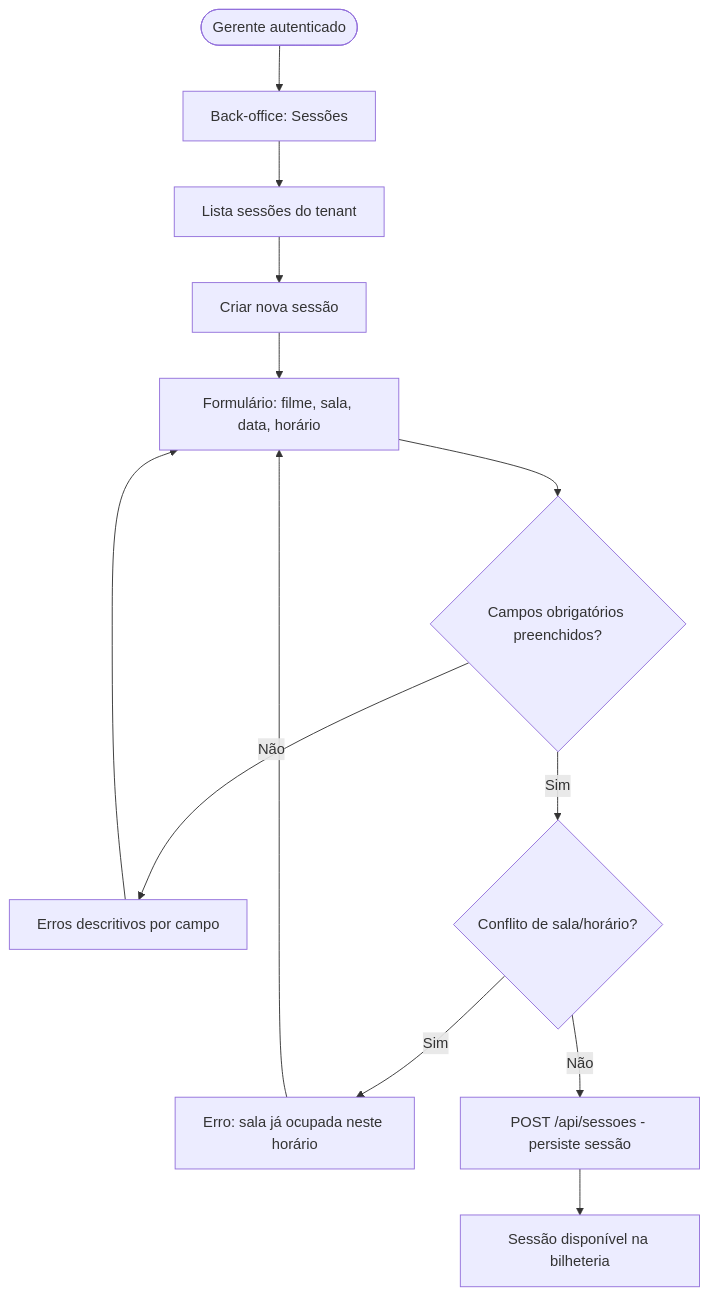
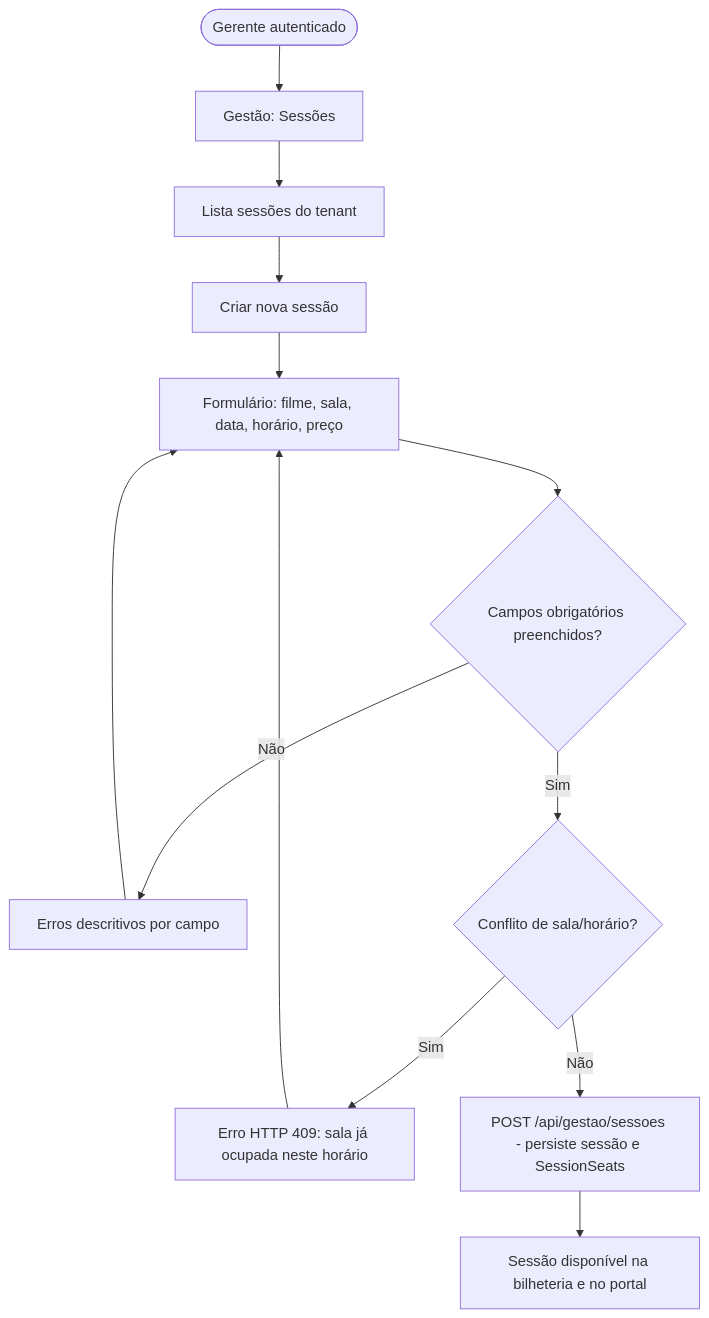
The eighth of 11 diagrams in specs/architecture/ux-design.md (CINESOFT-SOLUTIONS/manual-processos-software), drawn with Mermaid before and after one commit. The commit also changed other lines of this file and 16 other files, not shown here.

````diff
--- a/specs/architecture/ux-design.md
+++ b/specs/architecture/ux-design.md
@@ -154,15 +154,15 @@
 ```mermaid
 flowchart TD
-    A([Gerente autenticado]) --> B[Back-office: Sessões]
+    A([Gerente autenticado]) --> B[Gestão: Sessões]
     B --> C[Lista sessões do tenant]
     C --> D[Criar nova sessão]
-    D --> E[Formulário: filme, sala, data, horário]
+    D --> E[Formulário: filme, sala, data, horário, preço]
     E --> F{Campos obrigatórios preenchidos?}
     F -- Não --> G[Erros descritivos por campo]
     G --> E
     F -- Sim --> H{Conflito de sala/horário?}
-    H -- Sim --> I[Erro: sala já ocupada neste horário]
+    H -- Sim --> I[Erro HTTP 409: sala já ocupada neste horário]
     I --> E
-    H -- Não --> J[POST /api/sessoes - persiste sessão]
-    J --> K[Sessão disponível na bilheteria]
+    H -- Não --> J[POST /api/gestao/sessoes - persiste sessão e SessionSeats]
+    J --> K[Sessão disponível na bilheteria e no portal]
 ```
````
